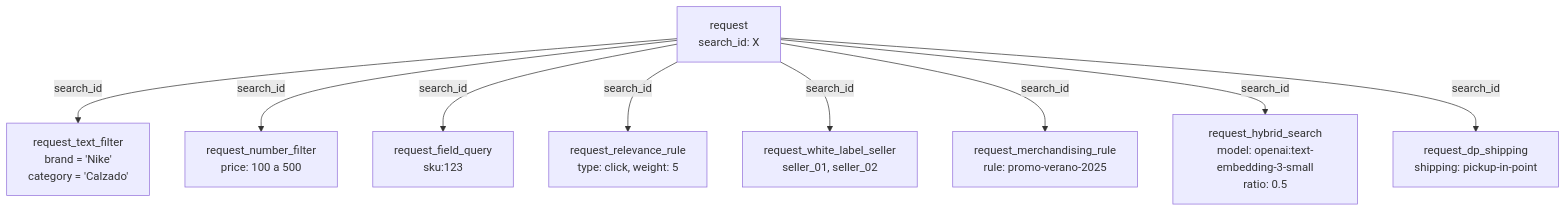
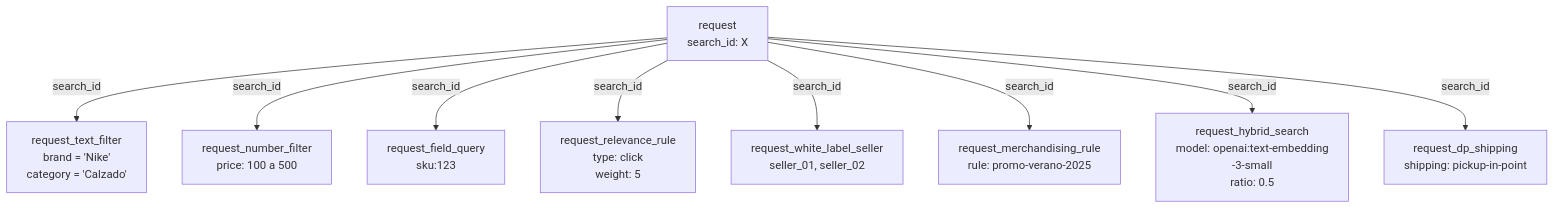
The fourth of 4 diagrams in docs/es/tutorials/beta/vtex-data-pipeline-beta/busqueda-y-recomendaciones-data-pipeline.md (vtexdocs/help-center-content), drawn with Mermaid before and after one commit. The commit also changed other lines of this file and 5 other files, not shown here.

````diff
--- a/docs/es/tutorials/beta/vtex-data-pipeline-beta/busqueda-y-recomendaciones-data-pipeline.md
+++ b/docs/es/tutorials/beta/vtex-data-pipeline-beta/busqueda-y-recomendaciones-data-pipeline.md
@@ -138,13 +141,14 @@
 ```mermaid
+%%{init: {'flowchart': {'htmlLabels': true, 'useMaxWidth': false, 'wrappingWidth': 220, 'padding': 14}}}%%
 flowchart TD
-    REQ["request\nsearch_id: X"]
+    REQ["request<br/>search_id: X"]
 
-    REQ -->|"search_id"| TF["request_text_filter\nbrand = 'Nike'\ncategory = 'Calzado'"]
-    REQ -->|"search_id"| NF["request_number_filter\nprice: 100 a 500"]
-    REQ -->|"search_id"| FQ["request_field_query\nsku:123"]
-    REQ -->|"search_id"| RR["request_relevance_rule\ntype: click, weight: 5"]
-    REQ -->|"search_id"| WLS["request_white_label_seller\nseller_01, seller_02"]
-    REQ -->|"search_id"| MR["request_merchandising_rule\nrule: promo-verano-2025"]
-    REQ -->|"search_id"| HS["request_hybrid_search\nmodel: openai:text-embedding-3-small\nratio: 0.5"]
-    REQ -->|"search_id"| DPS["request_dp_shipping\nshipping: pickup-in-point"]
+    REQ -->|"search_id"| TF["request_text_filter<br/>brand = 'Nike'<br/>category = 'Calzado'"]
+    REQ -->|"search_id"| NF["request_number_filter<br/>price: 100 a 500"]
+    REQ -->|"search_id"| FQ["request_field_query<br/>sku:123"]
+    REQ -->|"search_id"| RR["request_relevance_rule<br/>type: click<br/>weight: 5"]
+    REQ -->|"search_id"| WLS["request_white_label_seller<br/>seller_01, seller_02"]
+    REQ -->|"search_id"| MR["request_merchandising_rule<br/>rule: promo-verano-2025"]
+    REQ -->|"search_id"| HS["request_hybrid_search<br/>model: openai:text-embedding<br/>-3-small<br/>ratio: 0.5"]
+    REQ -->|"search_id"| DPS["request_dp_shipping<br/>shipping: pickup-in-point"]
 ```
````
